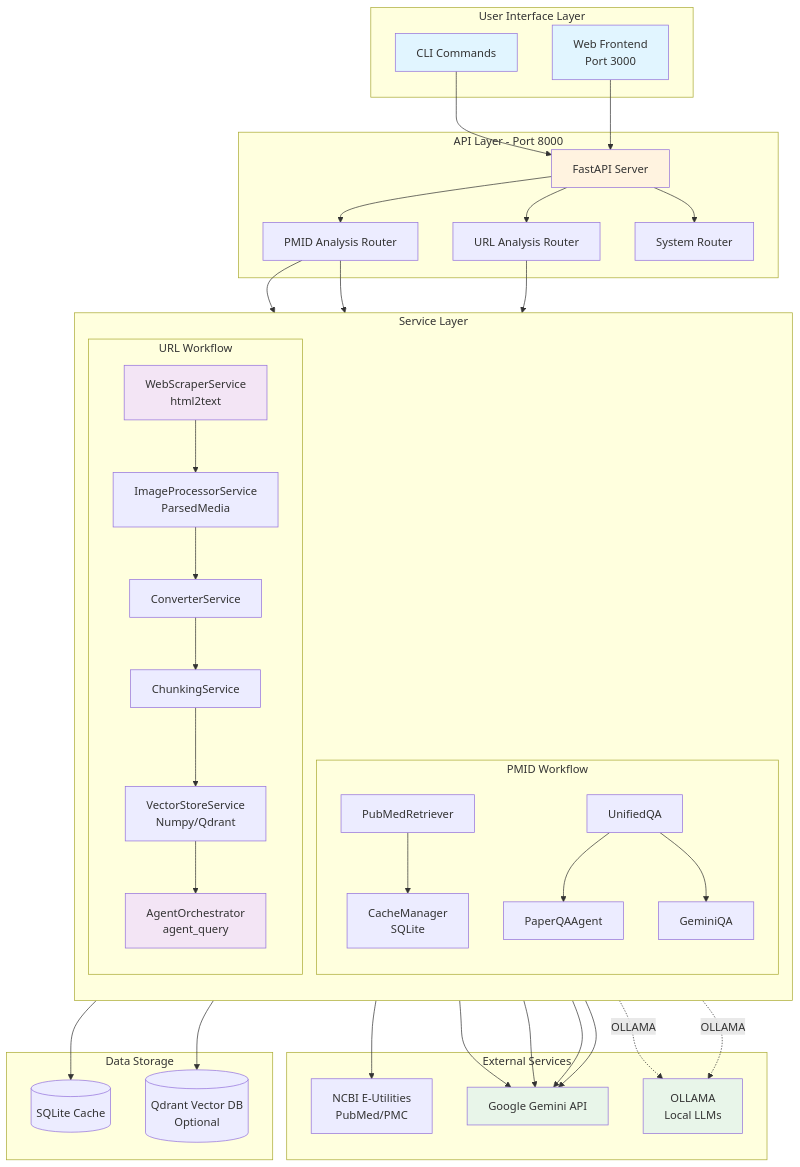
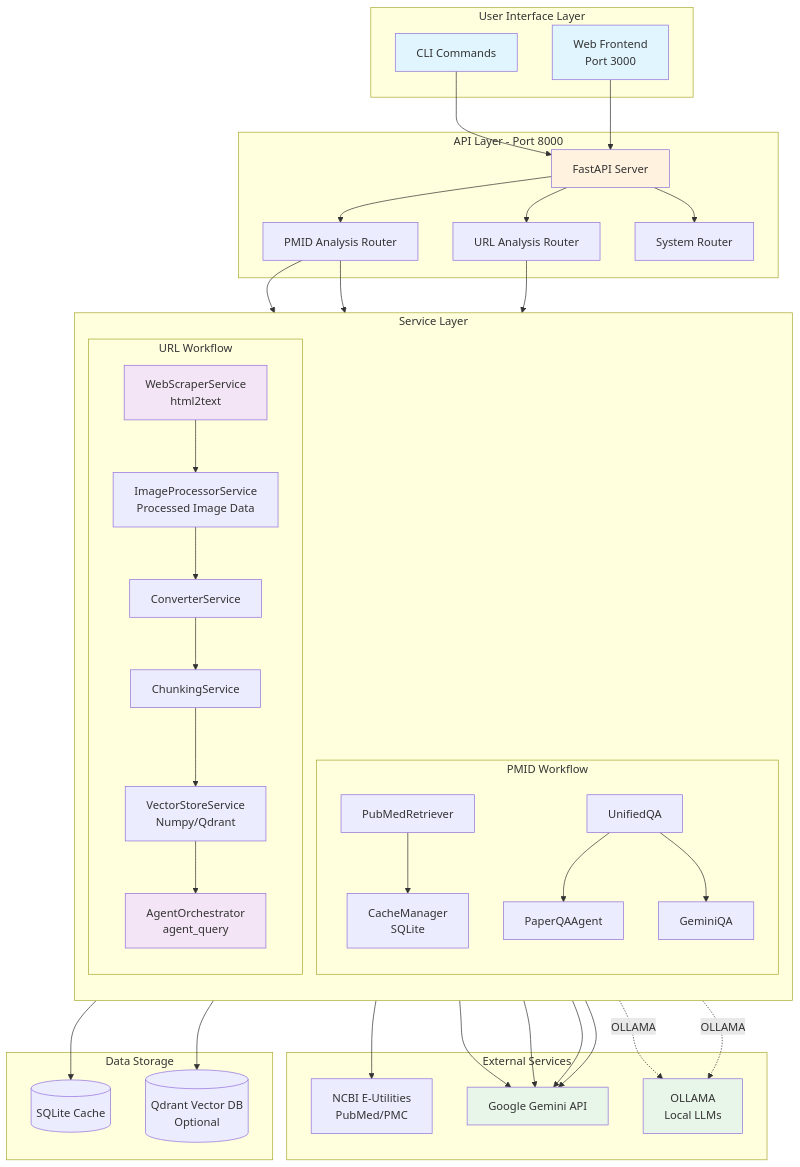
The first of 6 diagrams in ARCHITECTURE.md (waldronlab/bioanalyzer-backend), drawn with Mermaid before and after one commit. The commit also changed other lines of this file and 3 other files, not shown here.

```diff
--- a/ARCHITECTURE.md
+++ b/ARCHITECTURE.md
@@ -57,7 +57,7 @@
         
         subgraph "URL Workflow"
             SCRAPER[WebScraperService<br/>html2text]
-            IMG_PROC[ImageProcessorService<br/>ParsedMedia]
+            IMG_PROC[ImageProcessorService<br/>Processed Image Data]
             CONVERTER[ConverterService]
             CHUNKER[ChunkingService]
             VECTOR[VectorStoreService<br/>Numpy/Qdrant]
```
